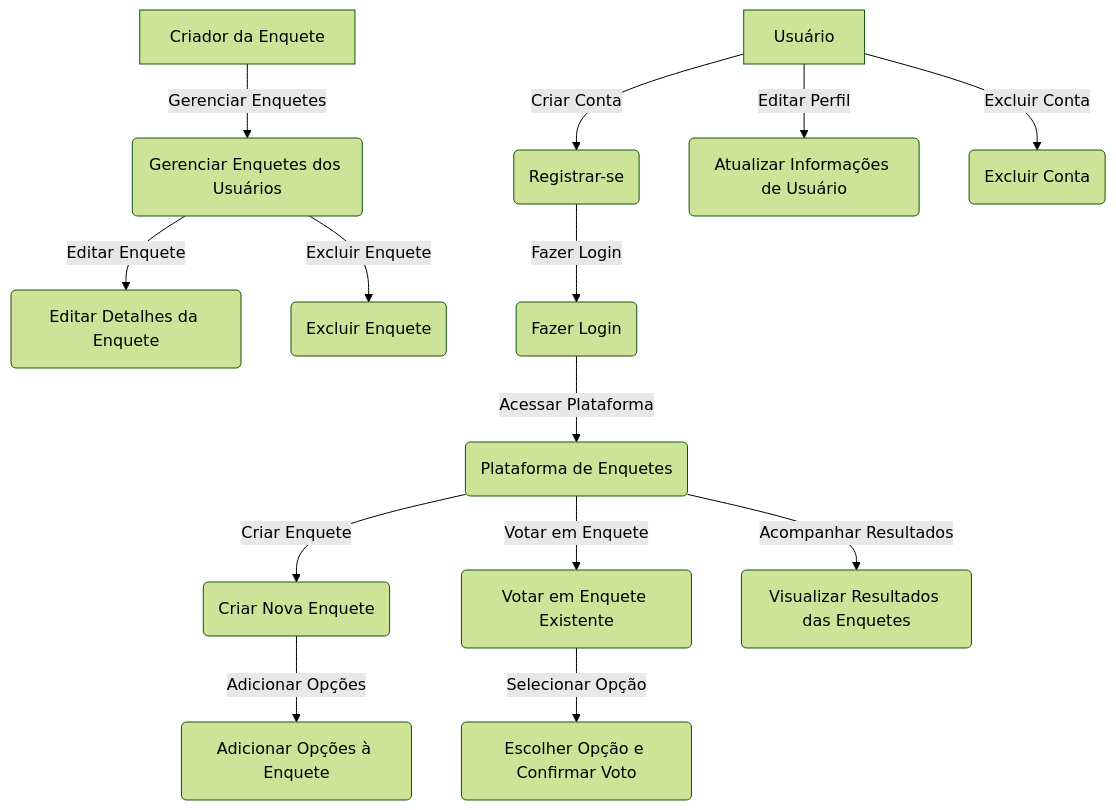
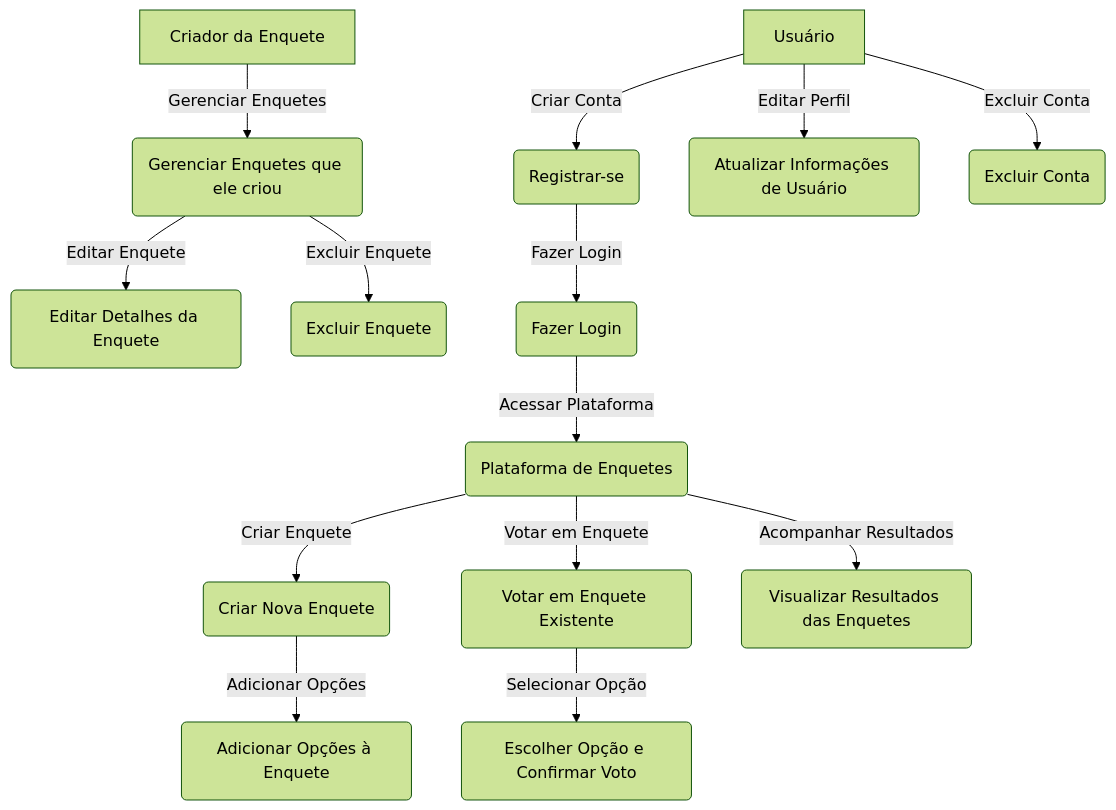
The third of 4 diagrams in README.md (epicestudar/Votefy), drawn with Mermaid (forest theme) before and after one commit.

````diff
--- a/README.md
+++ b/README.md
@@ -204,22 +204,22 @@
 ```mermaid
 flowchart TD
     U[Usuário] -->|Criar Conta| A(Registrar-se)
     A -->|Fazer Login| B(Fazer Login)
     B -->|Acessar Plataforma| C(Plataforma de Enquetes)
     
     C -->|Criar Enquete| D(Criar Nova Enquete)
     D -->|Adicionar Opções| E(Adicionar Opções à Enquete)
     
     C -->|Votar em Enquete| F(Votar em Enquete Existente)
     F -->|Selecionar Opção| G(Escolher Opção e Confirmar Voto)
     
     C -->|Acompanhar Resultados| H(Visualizar Resultados das Enquetes)
     
-    I[Criador da Enquete] -->|Gerenciar Enquetes| J(Gerenciar Enquetes dos Usuários)
+    I[Criador da Enquete] -->|Gerenciar Enquetes| J(Gerenciar Enquetes que ele criou)
     J -->|Editar Enquete| K(Editar Detalhes da Enquete)
     J -->|Excluir Enquete| L(Excluir Enquete)
     
     U -->|Editar Perfil| M(Atualizar Informações de Usuário)
     U -->|Excluir Conta| N(Excluir Conta)
 
 ```
````
